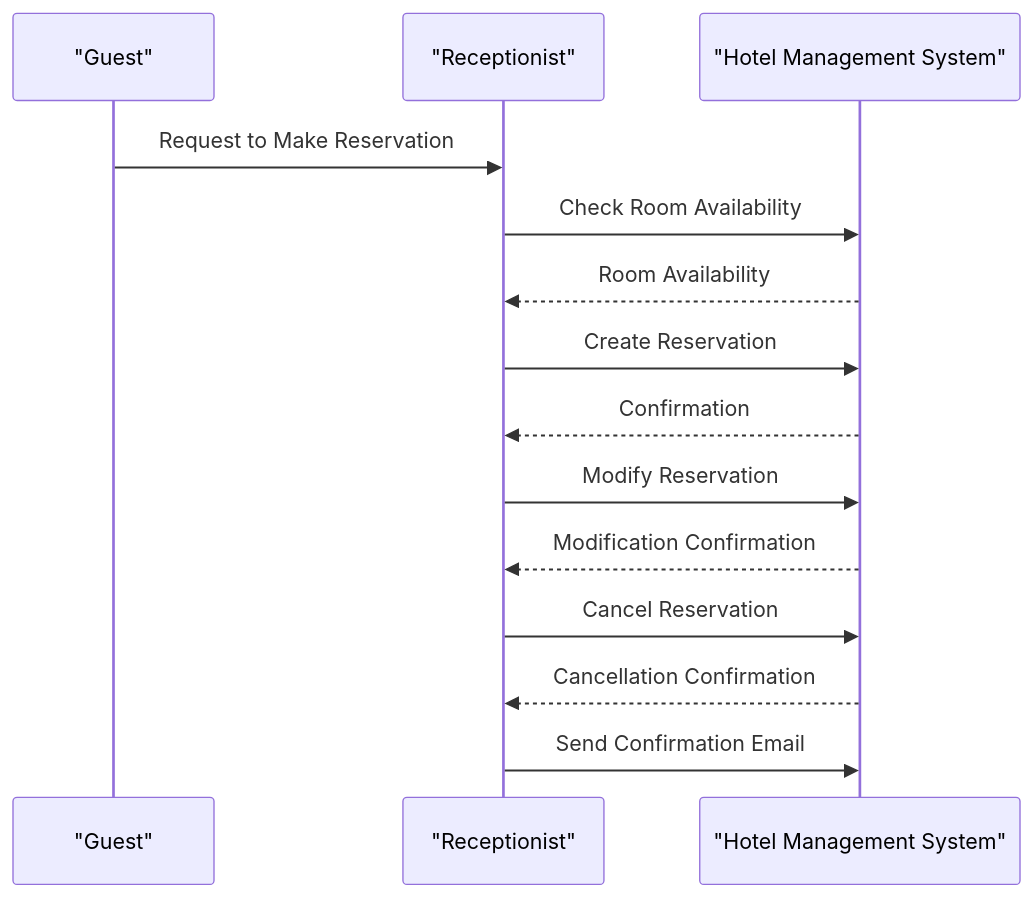
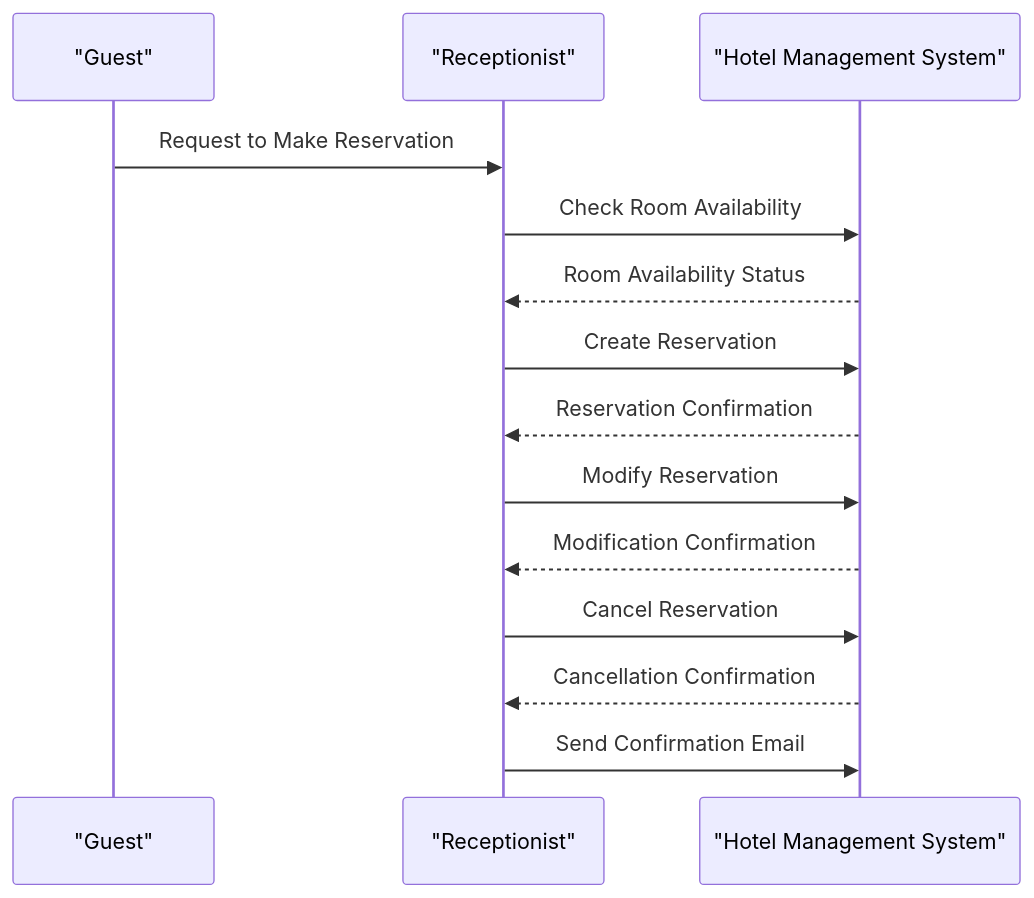
Before and after one commit to aasem-research-work/aasem-notes: the diagram in README.md, drawn with Mermaid. The commit also changed other lines of this file, not shown here.

````diff
--- a/README.md
+++ b/README.md
@@ -90,18 +64,20 @@
 ```mermaid
+
 sequenceDiagram
     participant User as "Guest"
     participant Receptionist as "Receptionist"
     participant System as "Hotel Management System"
 
     User ->> Receptionist: Request to Make Reservation
     Receptionist ->> System: Check Room Availability
-    System -->> Receptionist: Room Availability
+    System -->> Receptionist: Room Availability Status
     Receptionist ->> System: Create Reservation
-    System -->> Receptionist: Confirmation
+    System -->> Receptionist: Reservation Confirmation
     Receptionist ->> System: Modify Reservation
     System -->> Receptionist: Modification Confirmation
     Receptionist ->> System: Cancel Reservation
     System -->> Receptionist: Cancellation Confirmation
     Receptionist ->> System: Send Confirmation Email
 
+
 ```
````
